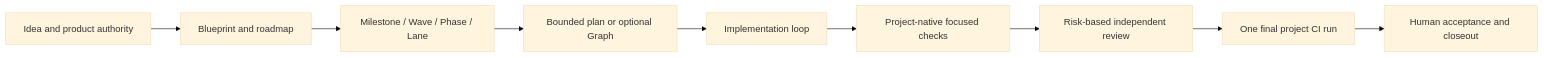
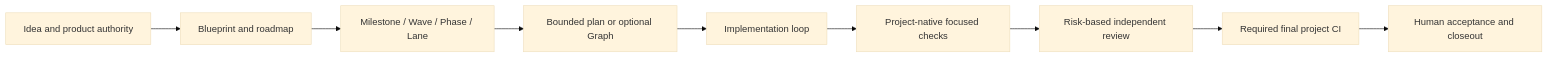
Before and after one commit to JoeKeepGo/SAGE-Kit: the diagram in README.md, drawn with Mermaid (base theme). The commit also changed other lines of this file and 55 other files, not shown here.

````diff
--- a/README.md
+++ b/README.md
@@ -20,11 +20,11 @@
 ```mermaid
 flowchart LR
   A["Idea and product authority"] --> B["Blueprint and roadmap"]
   B --> C["Milestone / Wave / Phase / Lane"]
   C --> D["Bounded plan or optional Graph"]
   D --> E["Implementation loop"]
   E --> F["Project-native focused checks"]
   F --> G["Risk-based independent review"]
-  G --> H["One final project CI run"]
+  G --> H["Required final project CI"]
   H --> I["Human acceptance and closeout"]
 ```
````
